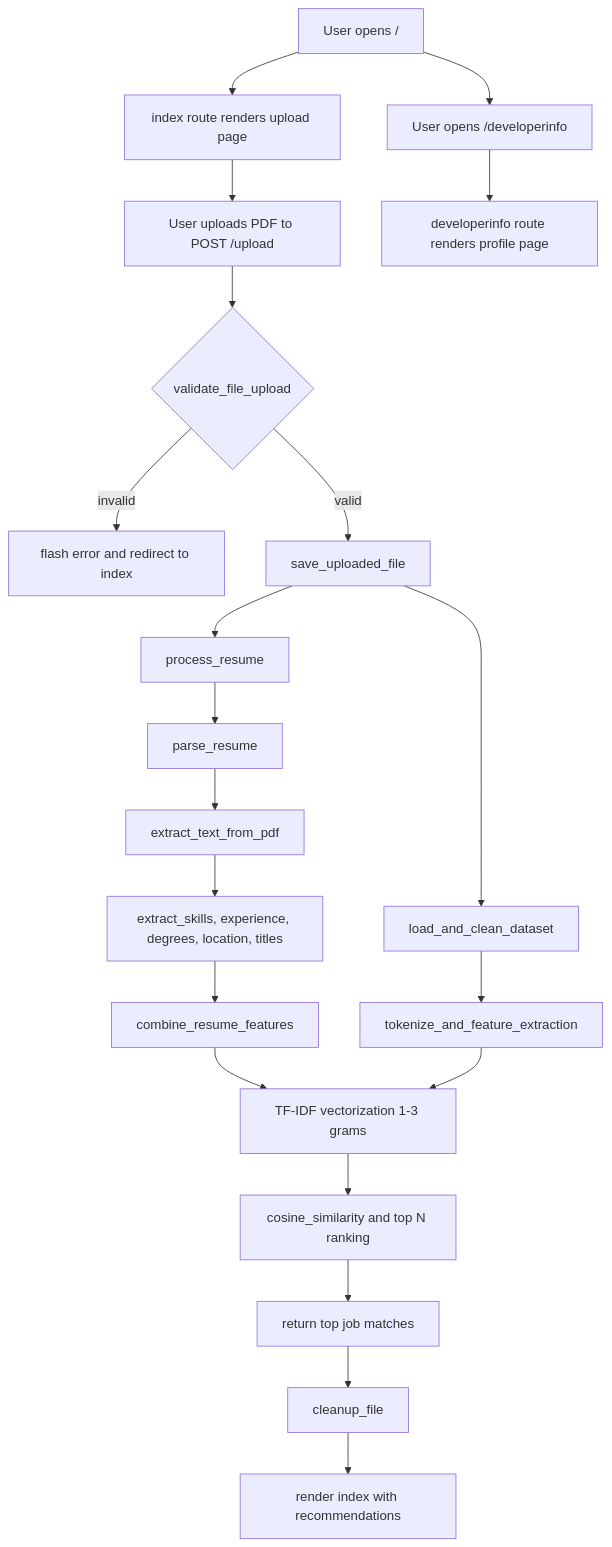
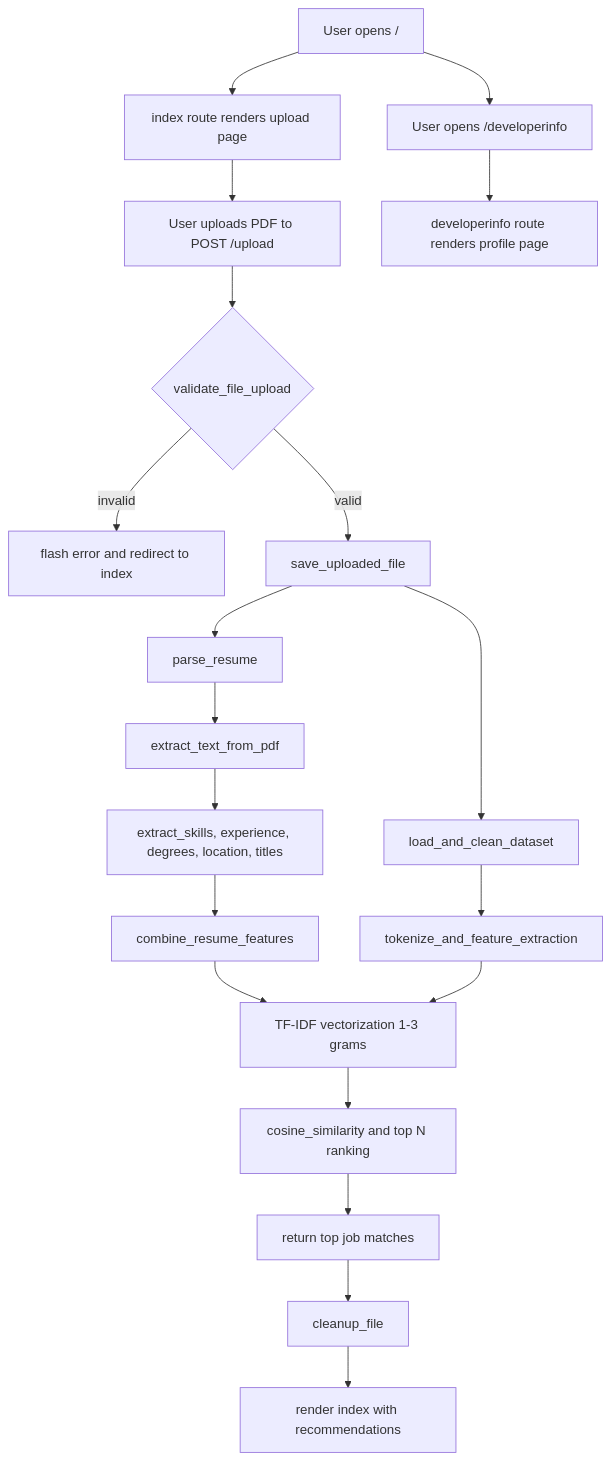
One commit to avishek-sarkar/Job-Recommendation-System changed the diagram in README.md. Above: the diagram before and after it, drawn with Mermaid. The commit also changed other lines of this file, not shown here.

````diff
--- a/README.md
+++ b/README.md
@@ -50,23 +50,22 @@
 ```mermaid
 flowchart TD
     A[User opens /] --> B[index route renders upload page]
     B --> C[User uploads PDF to POST /upload]
     C --> D{validate_file_upload}
     D -->|invalid| E[flash error and redirect to index]
     D -->|valid| F[save_uploaded_file]
-    F --> G[process_resume]
-    G --> H[parse_resume]
+    F --> H[parse_resume]
     H --> I[extract_text_from_pdf]
     I --> J[extract_skills, experience, degrees, location, titles]
     J --> K[combine_resume_features]
     F --> L[load_and_clean_dataset]
     L --> M[tokenize_and_feature_extraction]
     K --> N[TF-IDF vectorization 1-3 grams]
     M --> N
     N --> P[cosine_similarity and top N ranking]
     P --> Q[return top job matches]
     Q --> O[cleanup_file]
     O --> S[render index with recommendations]
     A --> T[User opens /developerinfo]
     T --> U[developerinfo route renders profile page]
 ```
````
